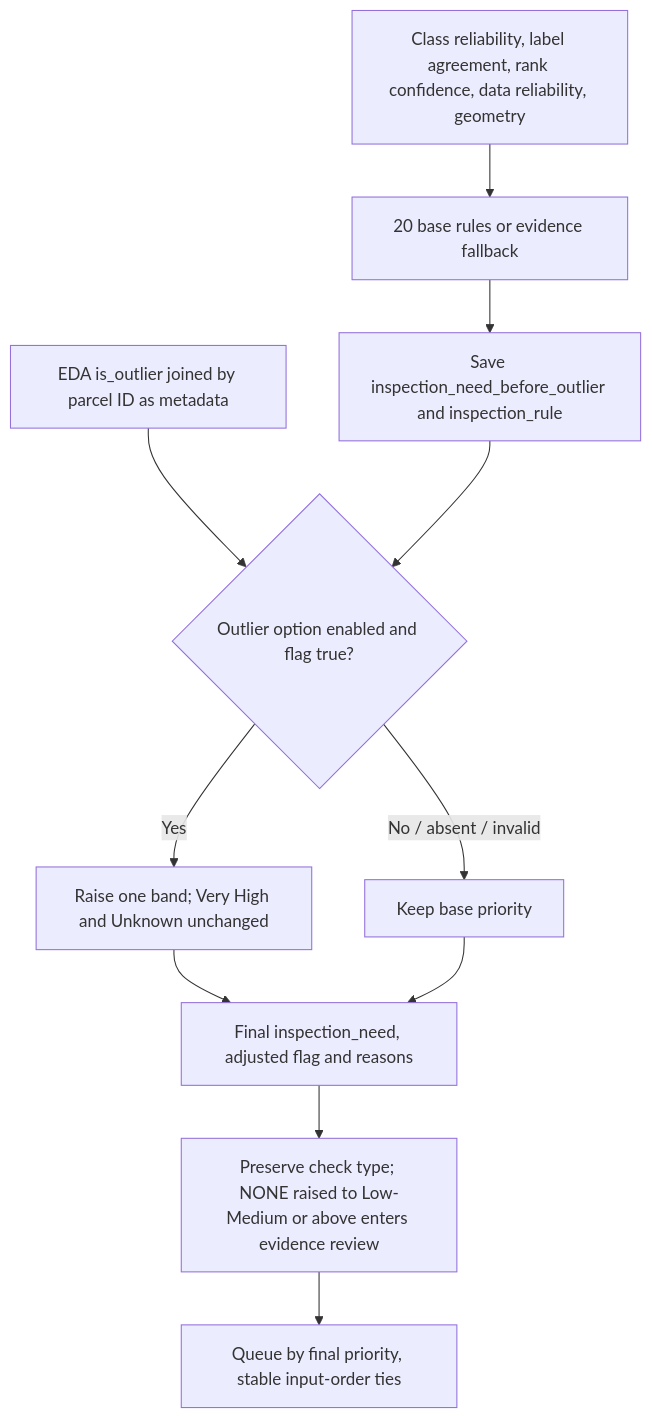
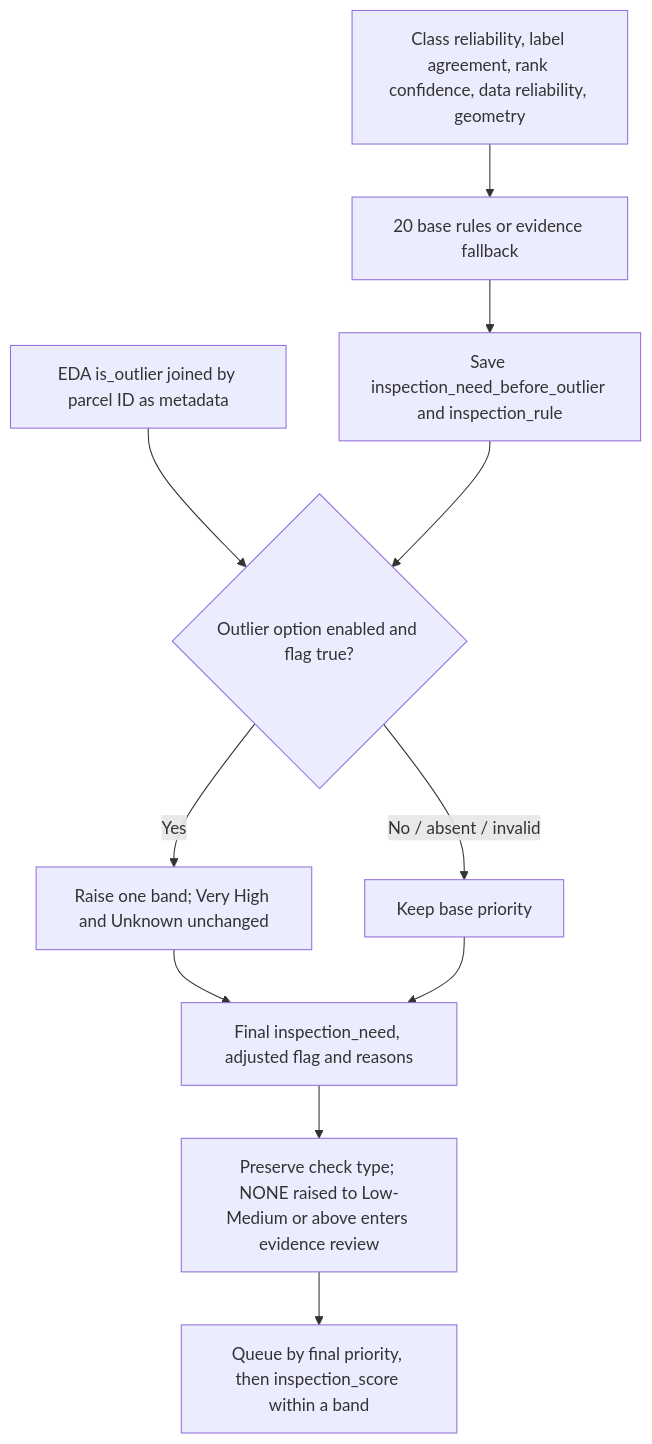
Before and after one commit to EleniLouvari/satellites: the diagram in docs/ml_classification/INSPECTION_PRIORITY_DECISION_TABLE.md, drawn with Mermaid. The commit also changed other lines of this file and 70 other files, not shown here.

First line of the commit message:
Add pipeline guide, workflow diagrams and inspection updates

````diff
--- a/docs/ml_classification/INSPECTION_PRIORITY_DECISION_TABLE.md
+++ b/docs/ml_classification/INSPECTION_PRIORITY_DECISION_TABLE.md
@@ -103,13 +130,13 @@
 ```mermaid
 flowchart TD
     Evidence[Class reliability, label agreement, rank confidence, data reliability, geometry] --> Base[20 base rules or evidence fallback]
     EDA[EDA is_outlier joined by parcel ID as metadata] --> Enabled{Outlier option enabled and flag true?}
     Base --> Before[Save inspection_need_before_outlier and inspection_rule]
     Before --> Enabled
     Enabled -->|Yes| Raise[Raise one band; Very High and Unknown unchanged]
     Enabled -->|No / absent / invalid| Keep[Keep base priority]
     Raise --> Audit[Final inspection_need, adjusted flag and reasons]
     Keep --> Audit
     Audit --> Queue[Preserve check type; NONE raised to Low-Medium or above enters evidence review]
-    Queue --> Sort[Queue by final priority, stable input-order ties]
+    Queue --> Sort[Queue by final priority, then inspection_score within a band]
 ```
````
